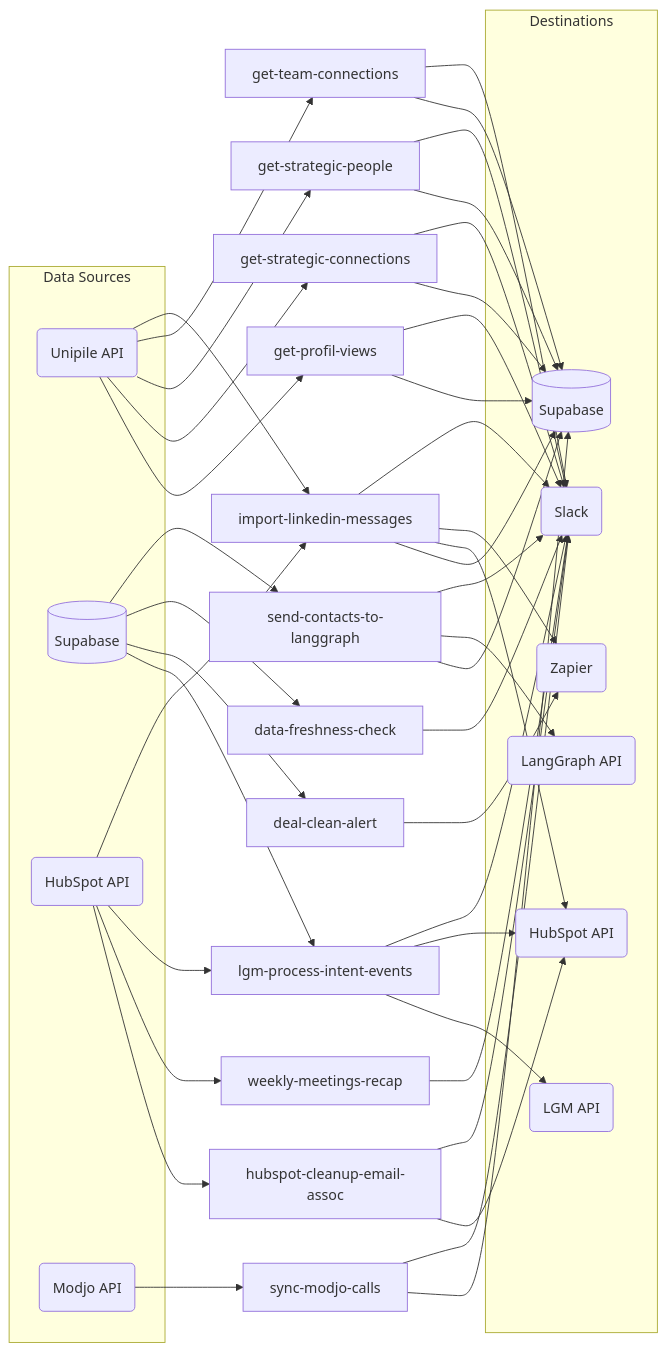
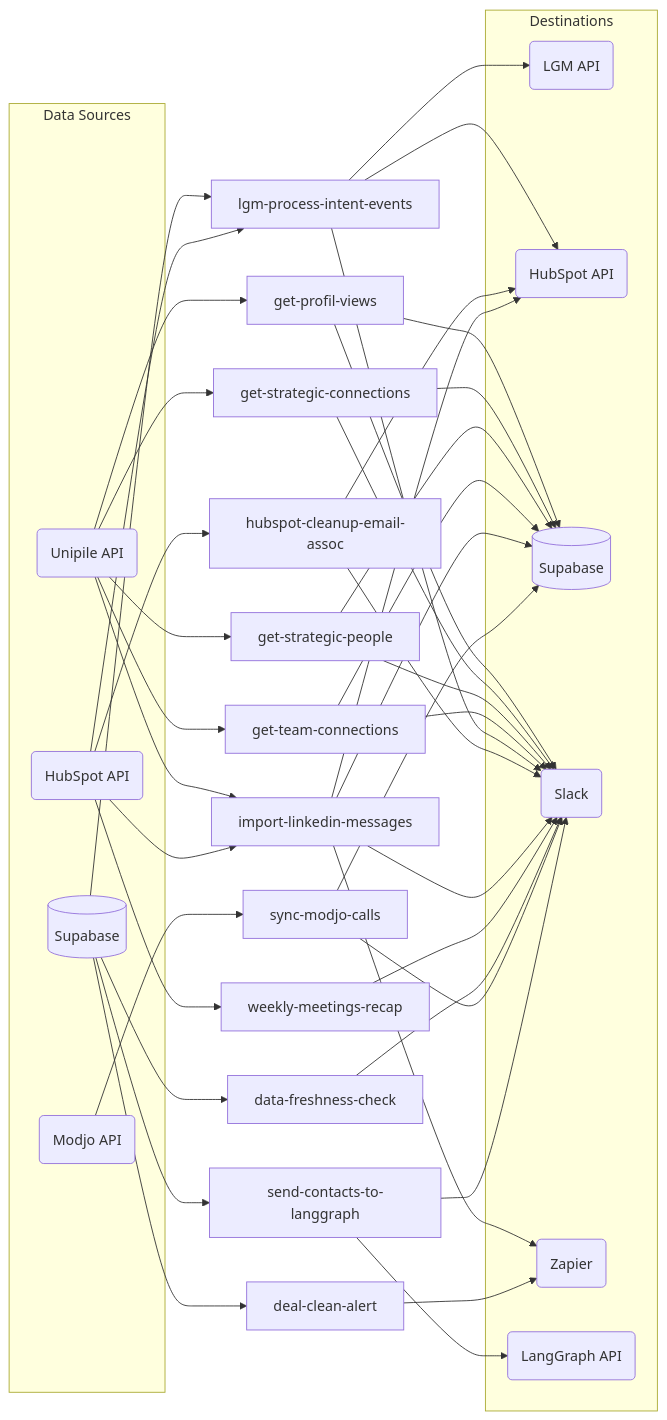
One commit to AirSaas/linkedin-scrapp changed the first of 14 diagrams in CLAUDE.md. Above: the diagram before and after it, drawn with Mermaid. The commit also changed other lines of this file and 2 other files, not shown here.

````diff
--- a/CLAUDE.md
+++ b/CLAUDE.md
@@ -45,36 +45,36 @@
 ```mermaid
 flowchart LR
     subgraph src ["Data Sources"]
         UN(Unipile API)
         SB[(Supabase)]
         HS_I(HubSpot API)
         MJ(Modjo API)
     end
 
     subgraph dst ["Destinations"]
         LGM_O(LGM API)
         HS_O(HubSpot API)
         SB_O[(Supabase)]
         SL(Slack)
         ZP(Zapier)
         LG(LangGraph API)
     end
 
     UN --> GPV[get-profil-views] & GSC[get-strategic-connections] & GSP[get-strategic-people] & GTC[get-team-connections] & ILM[import-linkedin-messages]
     SB --> LPI[lgm-process-intent-events] & DCA[deal-clean-alert] & DFC[data-freshness-check] & SCL[send-contacts-to-langgraph]
     HS_I --> HCE[hubspot-cleanup-email-assoc] & WMR[weekly-meetings-recap] & LPI & ILM
     MJ --> SMC[sync-modjo-calls]
 
     GPV --> SB_O & SL
     GSC --> SB_O & SL
     GSP --> SB_O & SL
     GTC --> SB_O & SL
     LPI --> LGM_O & HS_O & SL
     HCE --> HS_O & SL
     ILM --> SB_O & HS_O & ZP & SL
     WMR --> SL
     DCA --> ZP
     DFC --> SL
     SMC --> SB_O & SL
-    SCL --> SB_O & LG & SL
+    SCL --> LG & SL
 ```
````
